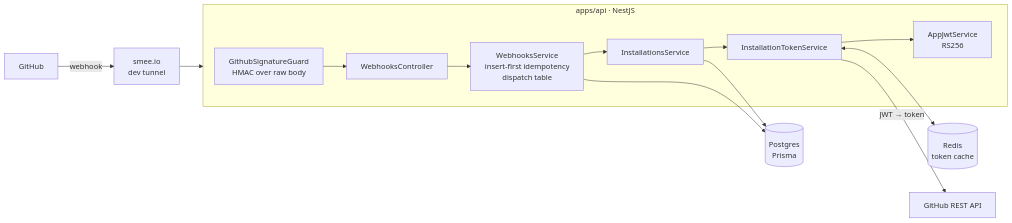
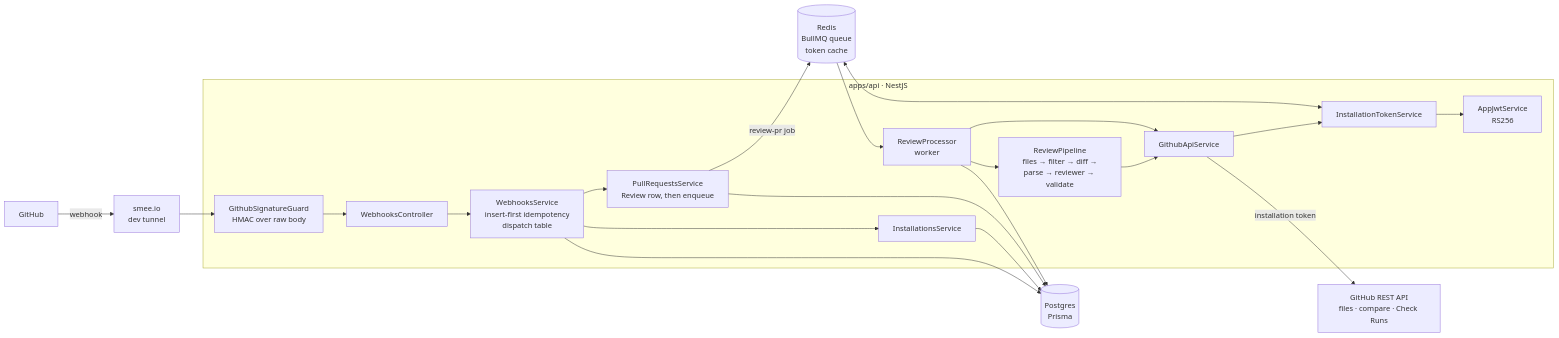
One commit to masabinhok/pr-reviewer changed the diagram in README.md. Above: the diagram before and after it, drawn with Mermaid. The commit also changed other lines of this file, not shown here.

````diff
--- a/README.md
+++ b/README.md
@@ -27,18 +39,26 @@
 ```mermaid
 flowchart LR
     GH[GitHub] -- webhook --> SMEE[smee.io<br/>dev tunnel]
-    SMEE --> API
+    SMEE --> G
 
     subgraph API [apps/api · NestJS]
         G[GithubSignatureGuard<br/>HMAC over raw body] --> C[WebhooksController]
         C --> S[WebhooksService<br/>insert-first idempotency<br/>dispatch table]
         S --> I[InstallationsService]
-        I --> T[InstallationTokenService]
+        S --> PR[PullRequestsService<br/>Review row, then enqueue]
+        W[ReviewProcessor<br/>worker] --> P[ReviewPipeline<br/>files → filter → diff →<br/>parse → reviewer → validate]
+        P --> A[GithubApiService]
+        W --> A
+        A --> T[InstallationTokenService]
         T --> J[AppJwtService<br/>RS256]
     end
 
+    PR -- review-pr job --> Q[(Redis<br/>BullMQ queue<br/>token cache)]
+    Q --> W
+    T <--> Q
     S --> PG[(Postgres<br/>Prisma)]
     I --> PG
-    T <--> R[(Redis<br/>token cache)]
-    T -- JWT → token --> GHAPI[GitHub REST API]
+    PR --> PG
+    W --> PG
+    A -- installation token --> GHAPI[GitHub REST API<br/>files · compare · Check Runs]
 ```
````
